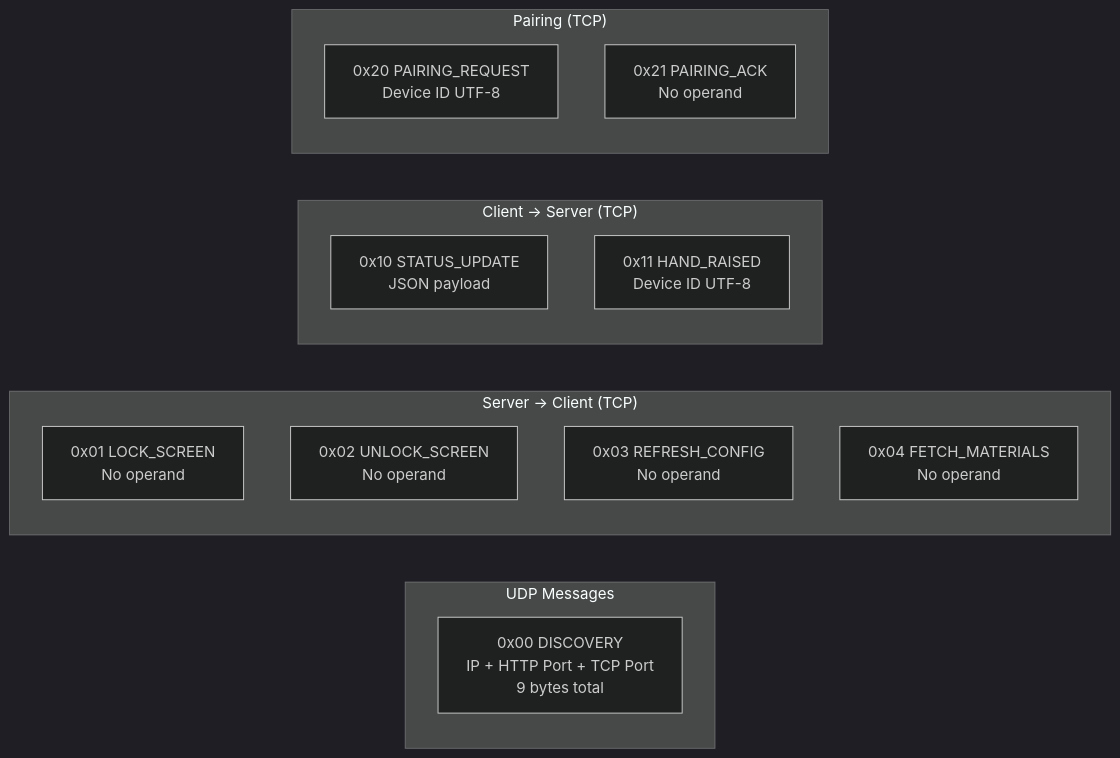
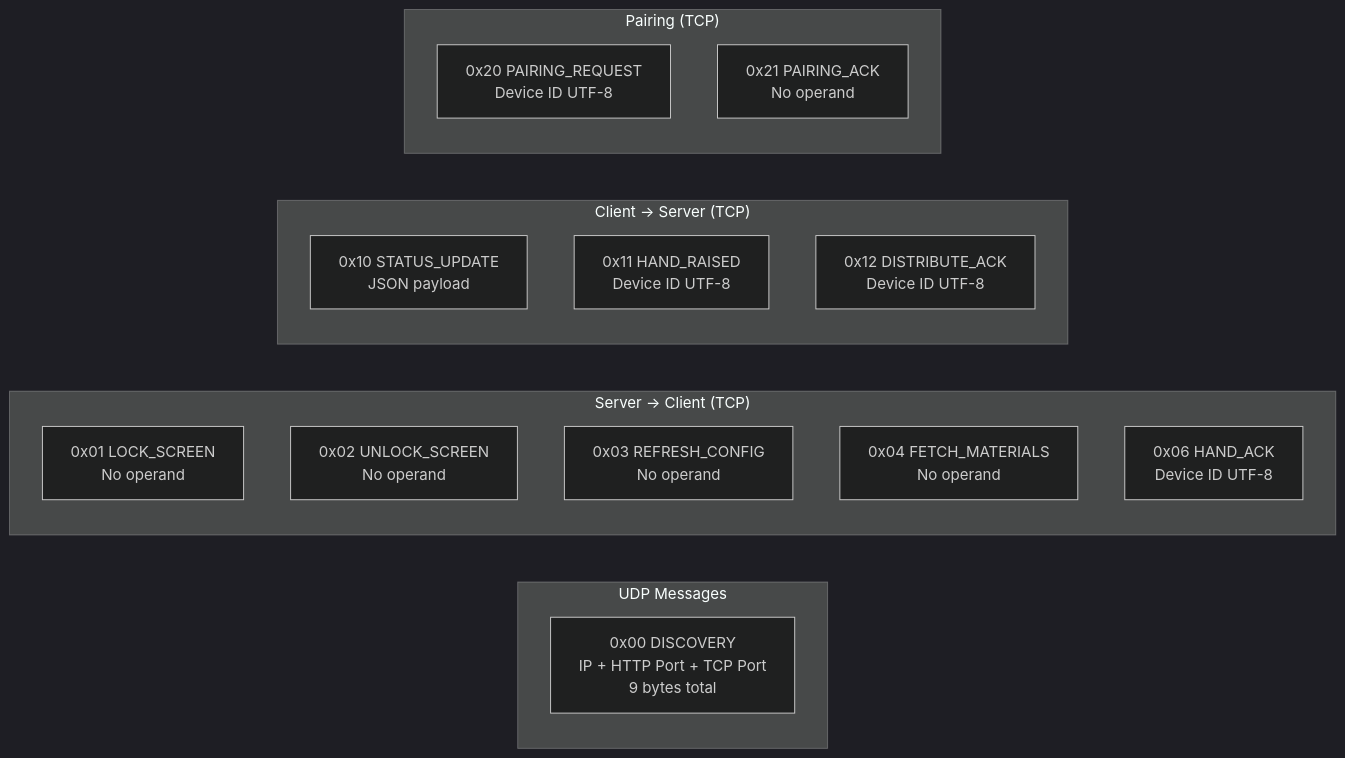
Before and after one commit to raphaellith/Manuscripta: diagram 14 of 15 in docs/Android System Design.md, drawn with Mermaid (dark theme). The commit also changed other lines of this file and 1 other file, not shown here.

Commit message:
feat: Introduce explicit acknowledgment messages for material distribution and hand-raised events, updating system design and API contract documentation.

````diff
--- a/docs/Android System Design.md
+++ b/docs/Android System Design.md
@@ -798,23 +802,25 @@
 ```mermaid
 graph LR
     subgraph "UDP Messages"
         DISC[0x00 DISCOVERY<br/>IP + HTTP Port + TCP Port<br/>9 bytes total]
     end
     
     subgraph "Server → Client (TCP)"
         LOCK[0x01 LOCK_SCREEN<br/>No operand]
         UNLOCK[0x02 UNLOCK_SCREEN<br/>No operand]
         REFRESH[0x03 REFRESH_CONFIG<br/>No operand]
         FETCH[0x04 FETCH_MATERIALS<br/>No operand]
+        HANDACK[0x06 HAND_ACK<br/>Device ID UTF-8]
     end
     
     subgraph "Client → Server (TCP)"
         STATUS[0x10 STATUS_UPDATE<br/>JSON payload]
         HAND[0x11 HAND_RAISED<br/>Device ID UTF-8]
+        DISTACK[0x12 DISTRIBUTE_ACK<br/>Device ID UTF-8]
     end
     
     subgraph "Pairing (TCP)"
         PREQ[0x20 PAIRING_REQUEST<br/>Device ID UTF-8]
         PACK[0x21 PAIRING_ACK<br/>No operand]
     end
 ```
````
